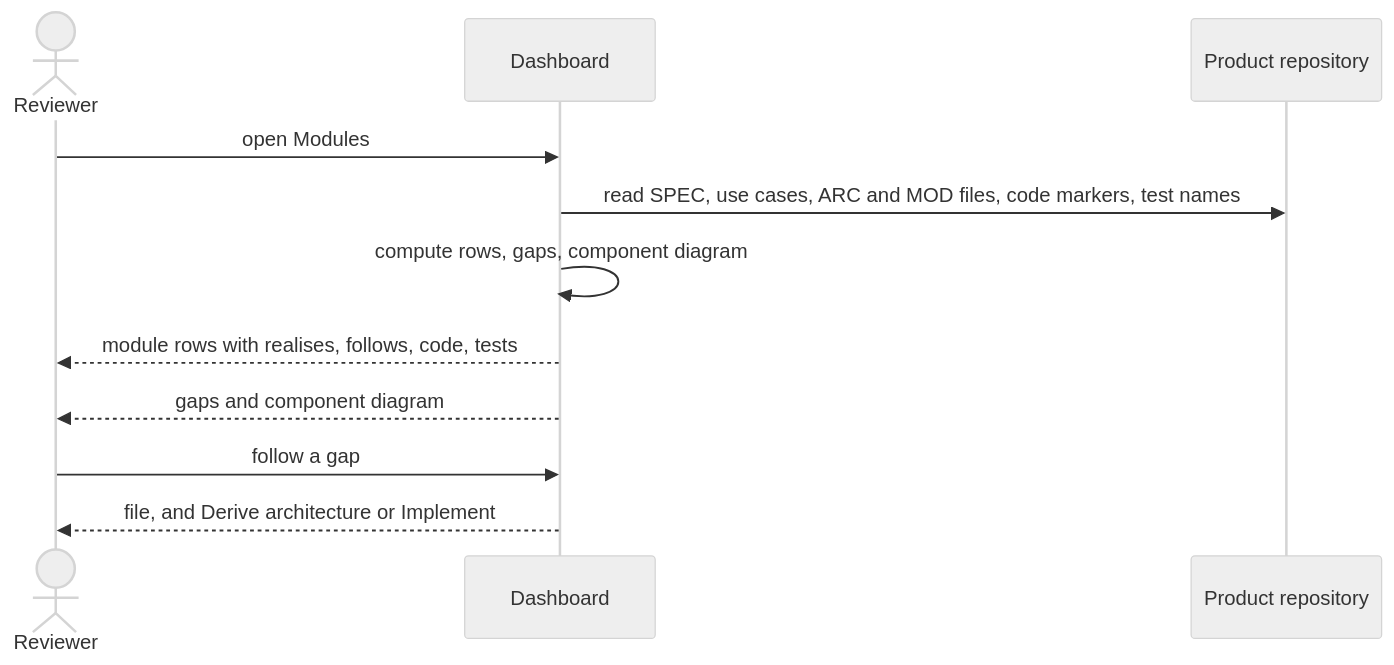
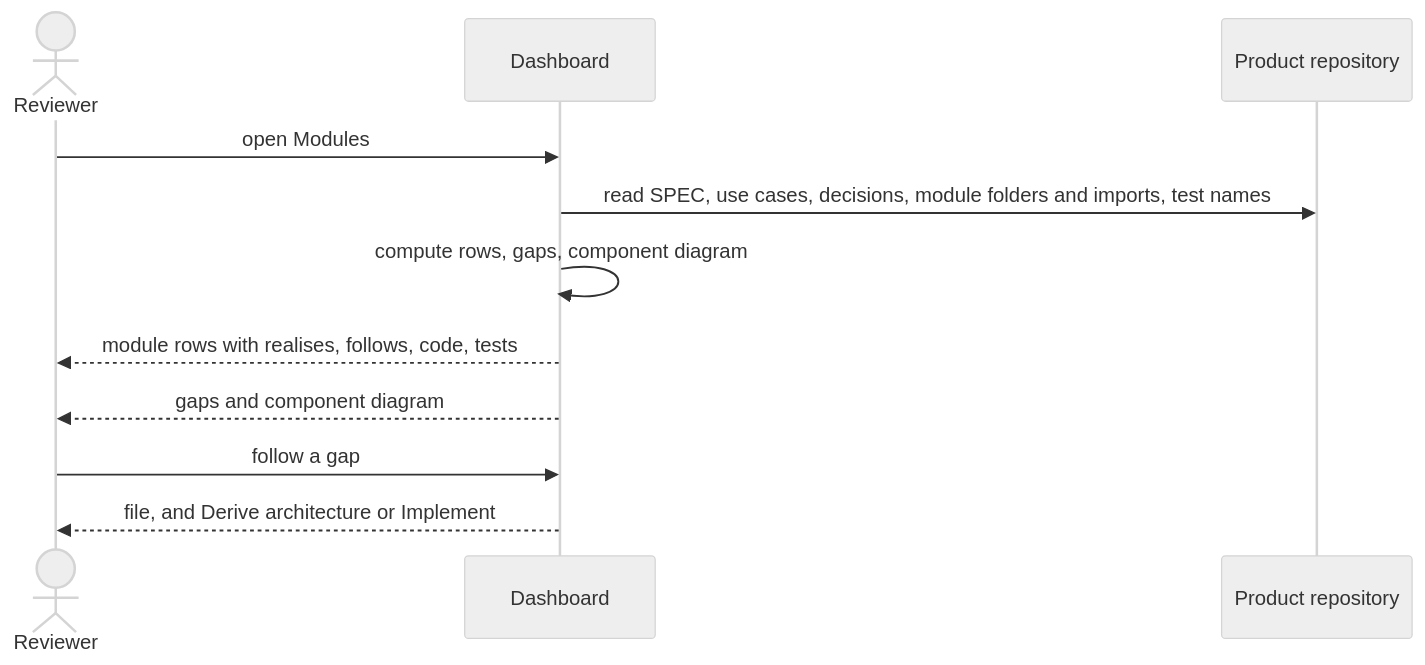
Before and after one commit to akmaier/agent-m: the diagram in docs/use-cases/UC-025-validate-modules.md, drawn with Mermaid (neutral theme). The commit also changed other lines of this file and 4 other files, not shown here.

First line of the commit message:
uc: UC-014, UC-022, UC-023, UC-024, UC-025 follow the accepted SPEC and the reviewed architecture

````diff
--- a/docs/use-cases/UC-025-validate-modules.md
+++ b/docs/use-cases/UC-025-validate-modules.md
@@ -67,13 +68,13 @@
 ```mermaid
 sequenceDiagram
     actor R as Reviewer
     participant D as Dashboard
     participant G as Product repository
     R->>D: open Modules
-    D->>G: read SPEC, use cases, ARC and MOD files, code markers, test names
+    D->>G: read SPEC, use cases, decisions, module folders and imports, test names
     D->>D: compute rows, gaps, component diagram
     D-->>R: module rows with realises, follows, code, tests
     D-->>R: gaps and component diagram
     R->>D: follow a gap
     D-->>R: file, and Derive architecture or Implement
 ```
````
